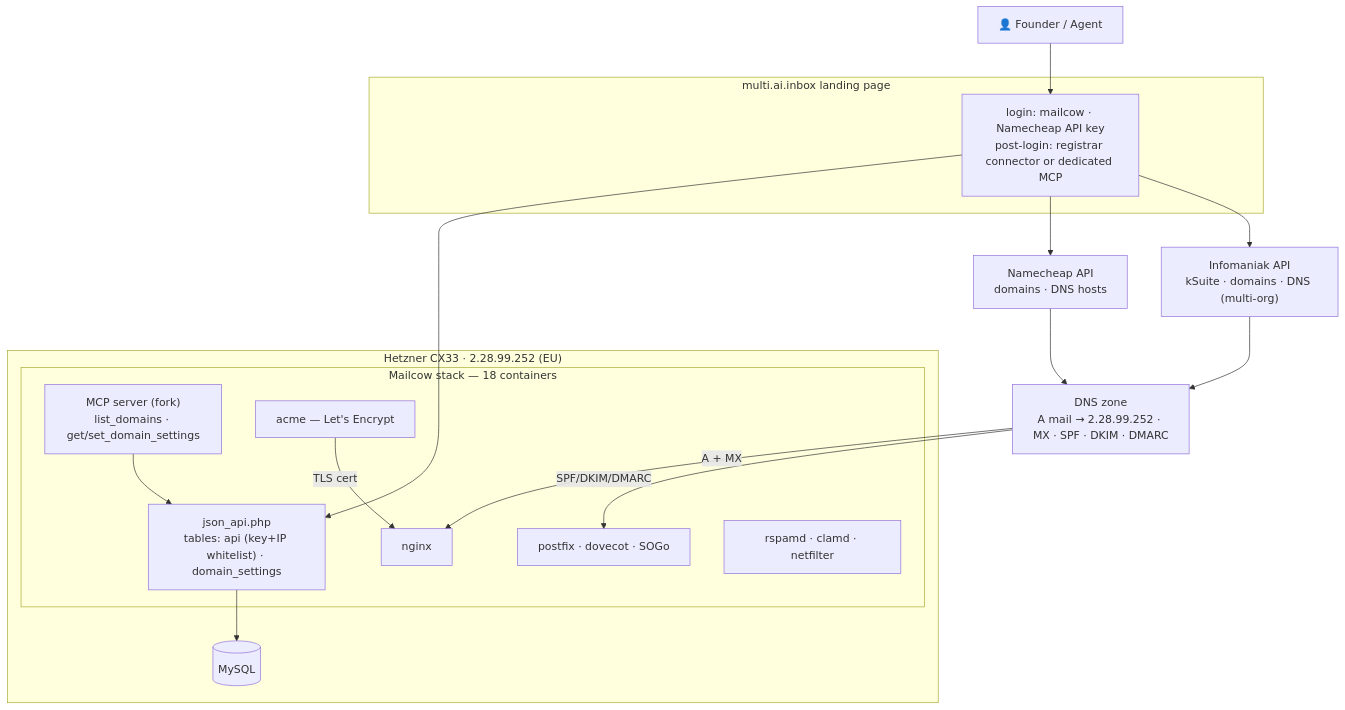
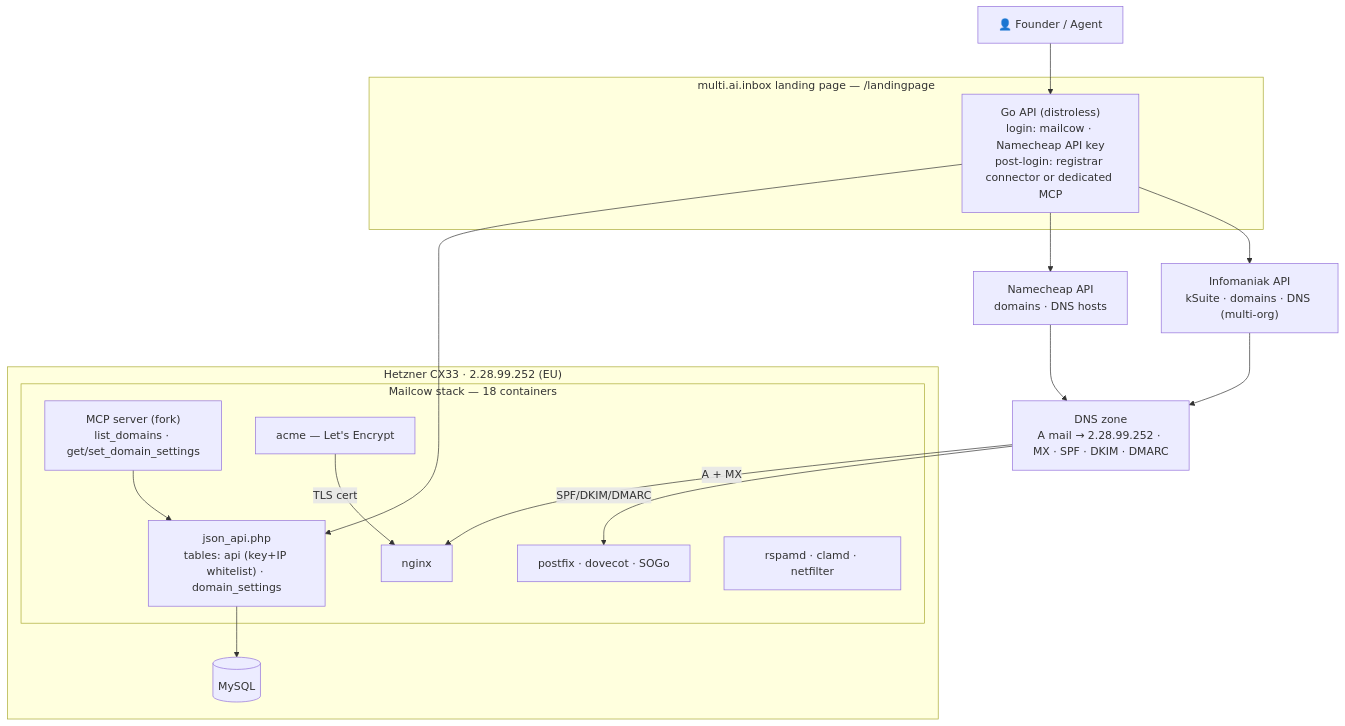
Before and after one commit to bertodrew/multi.ai.inbox: the first of 3 diagrams in README.md, drawn with Mermaid. The commit also changed other lines of this file, not shown here.

Commit message:
docs: README — landing at /landingpage, Go distroless backend, security model

````diff
--- a/README.md
+++ b/README.md
@@ -69,36 +69,36 @@
 ```mermaid
 flowchart TB
     User["👤 Founder / Agent"]
 
-    subgraph LANDING["multi.ai.inbox landing page"]
-        L["login: mailcow · Namecheap API key<br/>post-login: registrar connector or dedicated MCP"]
+    subgraph LANDING["multi.ai.inbox landing page — /landingpage"]
+        L["Go API (distroless)<br/>login: mailcow · Namecheap API key<br/>post-login: registrar connector or dedicated MCP"]
     end
 
     subgraph HETZNER["Hetzner CX33 · 2.28.99.252 (EU)"]
         subgraph STACK["Mailcow stack — 18 containers"]
             NGINX["nginx"]
             MCP["MCP server (fork)<br/>list_domains · get/set_domain_settings"]
             API["json_api.php<br/>tables: api (key+IP whitelist) · domain_settings"]
             MAIL["postfix · dovecot · SOGo"]
             SEC["rspamd · clamd · netfilter"]
             ACME["acme — Let's Encrypt"]
         end
         DB[("MySQL")]
     end
 
     NC["Namecheap API<br/>domains · DNS hosts"]
     INF["Infomaniak API<br/>kSuite · domains · DNS (multi-org)"]
     DNS["DNS zone<br/>A mail → 2.28.99.252 · MX · SPF · DKIM · DMARC"]
 
     User --> L
     L --> API
     MCP --> API
     API --> DB
     L --> NC
     L --> INF
     NC --> DNS
     INF --> DNS
     DNS -- "A + MX" --> NGINX
     ACME -- "TLS cert" --> NGINX
     DNS -- "SPF/DKIM/DMARC" --> MAIL
 ```
````
